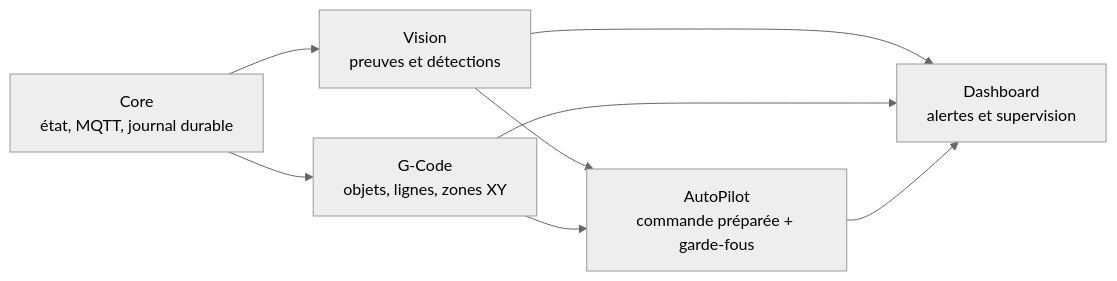
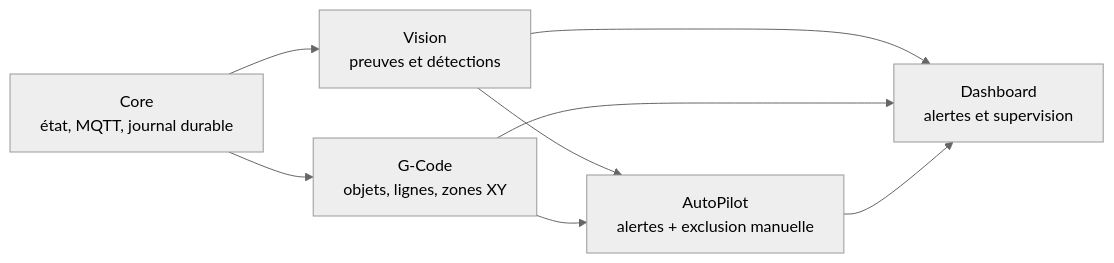
The diagram in docs/V3_ARCHITECTURE.md (laurentmamelli-max/AMS_LITE_COMPANION_V2), drawn with Mermaid (neutral theme) before and after one commit. The commit also changed other lines of this file and 10 other files, not shown here.

````diff
--- a/docs/V3_ARCHITECTURE.md
+++ b/docs/V3_ARCHITECTURE.md
@@ -7,10 +7,10 @@
 ```mermaid
 flowchart LR
   C["Core\nétat, MQTT, journal durable"] --> V["Vision\npreuves et détections"]
   C --> G["G-Code\nobjets, lignes, zones XY"]
   V --> D["Dashboard\nalertes et supervision"]
   G --> D
-  V --> A["AutoPilot\ncommande préparée + garde-fous"]
+  V --> A["AutoPilot\nalertes + exclusion manuelle"]
   G --> A
   A --> D
 ```
````
